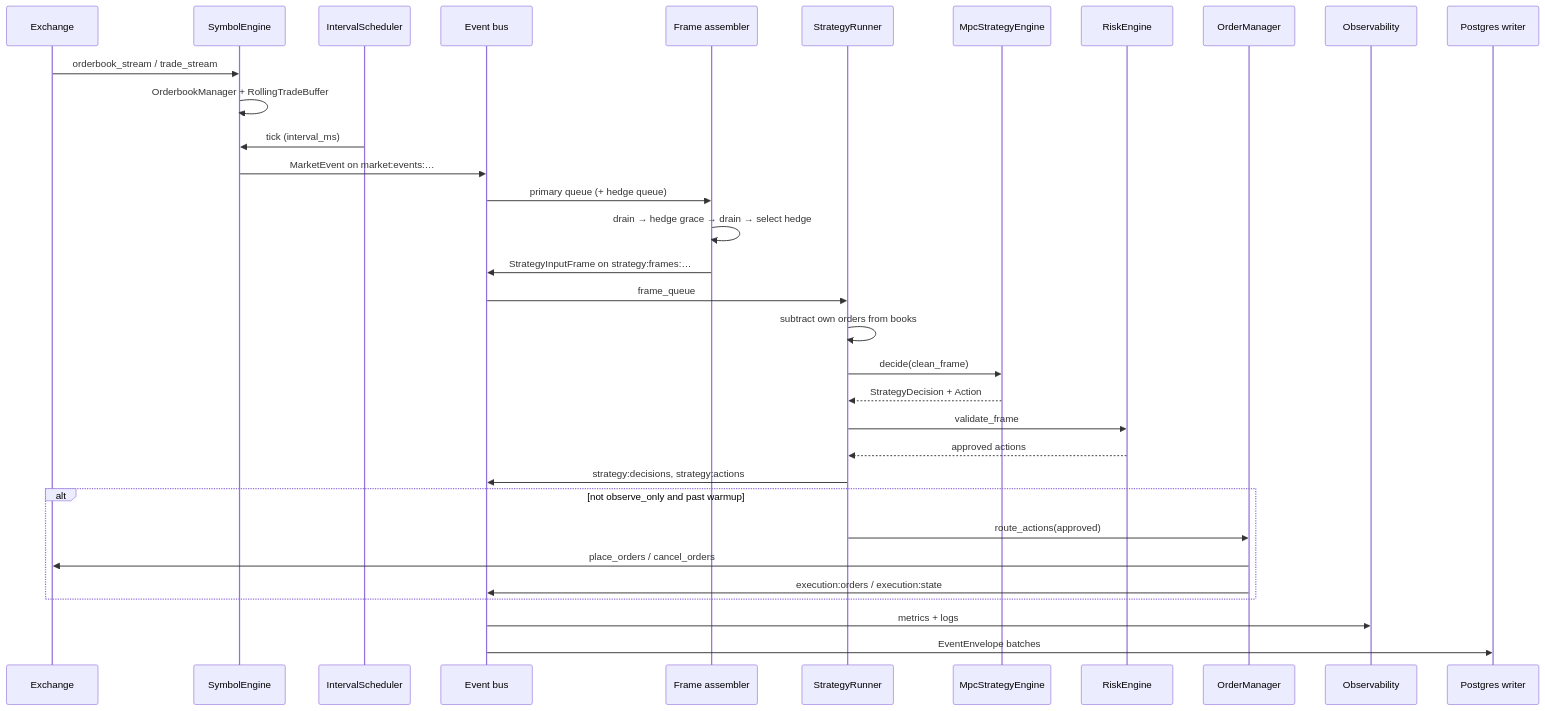
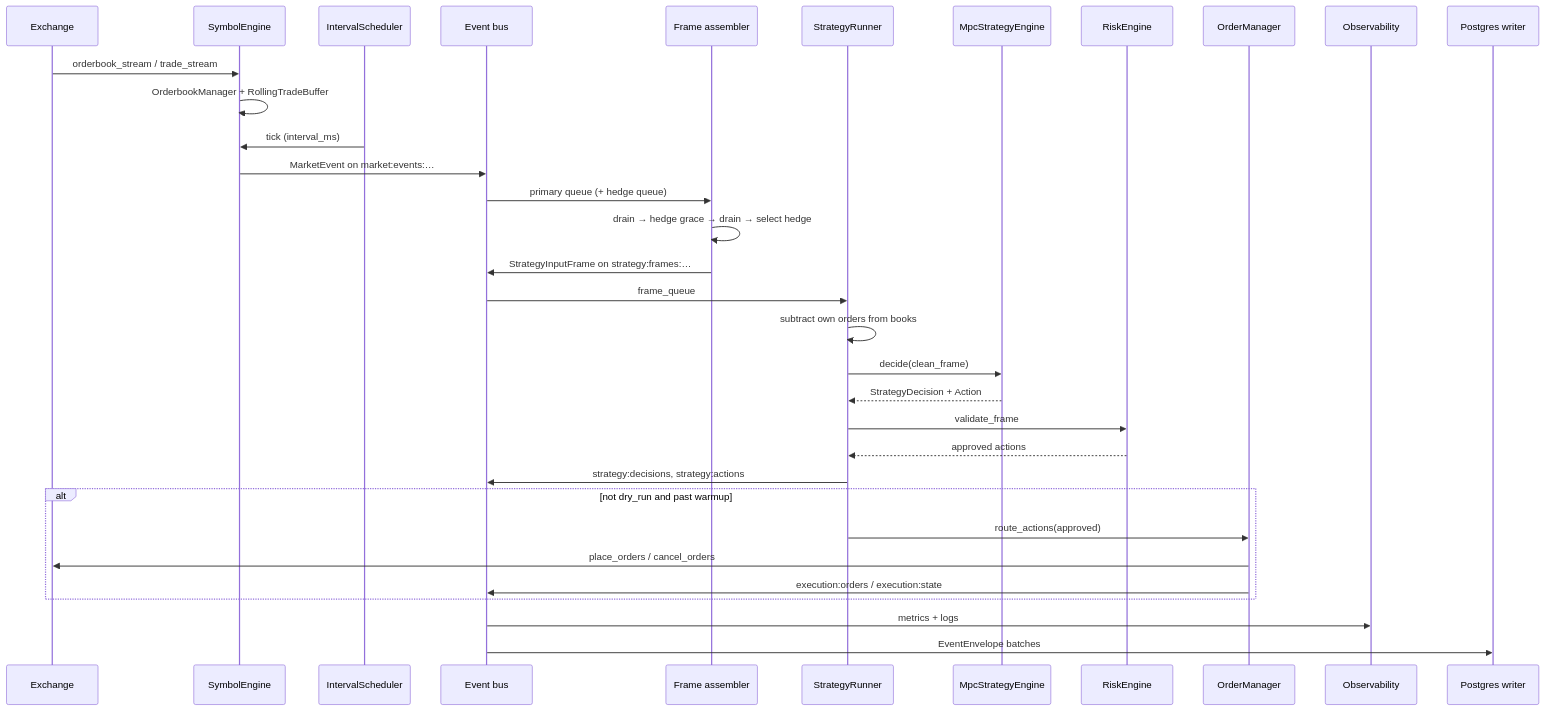
One commit to golipour/market-maker changed the diagram in docs/data-flow.md. Above: the diagram before and after it, drawn with Mermaid. The commit also changed other lines of this file and 43 other files, not shown here.

First line of the commit message:
Update configuration and documentation to replace `observe_only` with `dry_run`

````diff
--- a/docs/data-flow.md
+++ b/docs/data-flow.md
@@ -7,36 +7,36 @@
 ```mermaid
 sequenceDiagram
   participant EX as Exchange
   participant SE as SymbolEngine
   participant SCH as IntervalScheduler
   participant BUS as Event bus
   participant FA as Frame assembler
   participant SR as StrategyRunner
   participant ENG as MpcStrategyEngine
   participant RISK as RiskEngine
   participant OM as OrderManager
   participant OBS as Observability
   participant PG as Postgres writer
 
   EX->>SE: orderbook_stream / trade_stream
   SE->>SE: OrderbookManager + RollingTradeBuffer
   SCH->>SE: tick (interval_ms)
   SE->>BUS: MarketEvent on market:events:…
   BUS->>FA: primary queue (+ hedge queue)
   FA->>FA: drain → hedge grace → drain → select hedge
   FA->>BUS: StrategyInputFrame on strategy:frames:…
   BUS->>SR: frame_queue
   SR->>SR: subtract own orders from books
   SR->>ENG: decide(clean_frame)
   ENG-->>SR: StrategyDecision + Action
   SR->>RISK: validate_frame
   RISK-->>SR: approved actions
   SR->>BUS: strategy:decisions, strategy:actions
-  alt not observe_only and past warmup
+  alt not dry_run and past warmup
     SR->>OM: route_actions(approved)
     OM->>EX: place_orders / cancel_orders
     OM->>BUS: execution:orders / execution:state
   end
   BUS->>OBS: metrics + logs
   BUS->>PG: EventEnvelope batches
 ```
````
